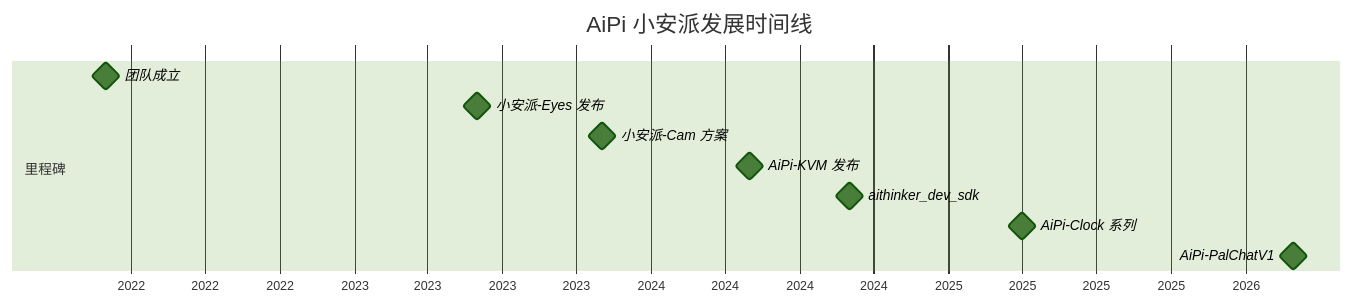
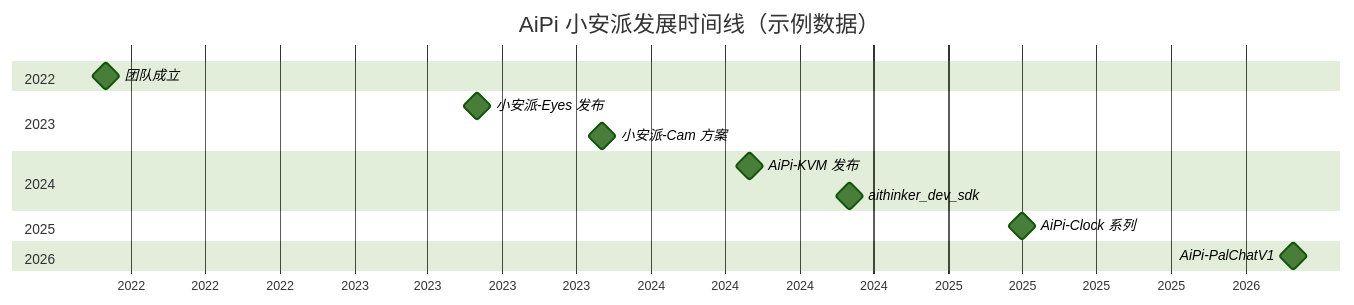
Before and after one commit to Ai-Thinker-AiPi/.github: the diagram in t.md, drawn with Mermaid (forest theme). The commit also changed other lines of this file, not shown here.

Commit message:
test: sectioned gantt

````diff
--- a/t.md
+++ b/t.md
@@ -5,14 +3,19 @@
 ```mermaid
 gantt
-    title AiPi 小安派发展时间线
+    title AiPi 小安派发展时间线（示例数据）
     dateFormat YYYY-MM-DD
     axisFormat %Y
-    section 里程碑
-    团队成立            :milestone, m1, 2022-03-01, 0d
-    小安派-Eyes 发布     :milestone, m2, 2023-06-01, 0d
-    小安派-Cam 方案      :milestone, m3, 2023-11-01, 0d
-    AiPi-KVM 发布        :milestone, m4, 2024-05-01, 0d
-    aithinker_dev_sdk   :milestone, m5, 2024-09-01, 0d
-    AiPi-Clock 系列      :milestone, m6, 2025-04-01, 0d
-    AiPi-PalChatV1      :milestone, m7, 2026-03-01, 0d
+    todayMarker off
+    section 2022
+    团队成立 :milestone, 2022-03-01, 0d
+    section 2023
+    小安派-Eyes 发布 :milestone, 2023-06-01, 0d
+    小安派-Cam 方案 :milestone, 2023-11-01, 0d
+    section 2024
+    AiPi-KVM 发布 :milestone, 2024-05-01, 0d
+    aithinker_dev_sdk :milestone, 2024-09-01, 0d
+    section 2025
+    AiPi-Clock 系列 :milestone, 2025-04-01, 0d
+    section 2026
+    AiPi-PalChatV1 :milestone, 2026-03-01, 0d
 ```
````
